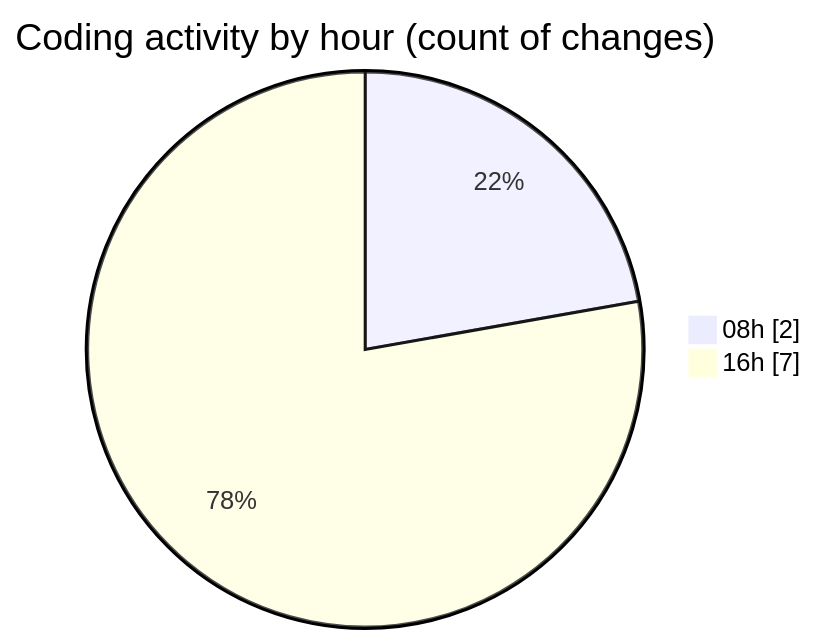
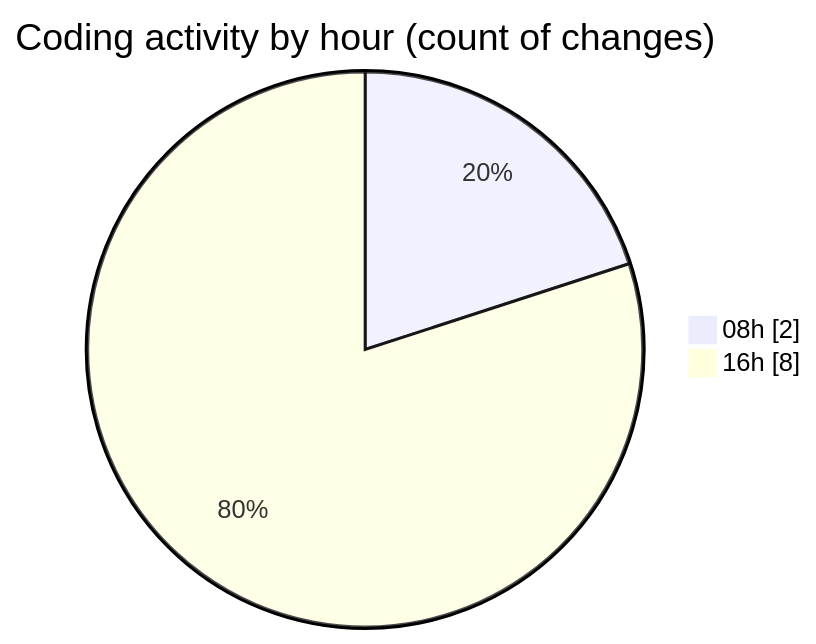
Before and after one commit to robertbonfada/code-tracking: the second of 2 diagrams in 2025-03-14/lumine-web/README.md, drawn with Mermaid. The commit also changed other lines of this file and 1 other file, not shown here.

````diff
--- a/2025-03-14/lumine-web/README.md
+++ b/2025-03-14/lumine-web/README.md
@@ -30,6 +31,6 @@
 ```mermaid
 pie showData
 title Coding activity by hour (count of changes)
 "08h" : 2
-"16h" : 7
+"16h" : 8
 ```
````
